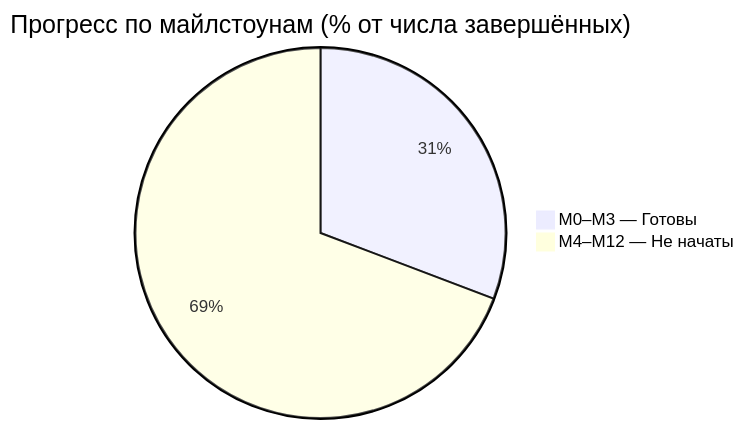
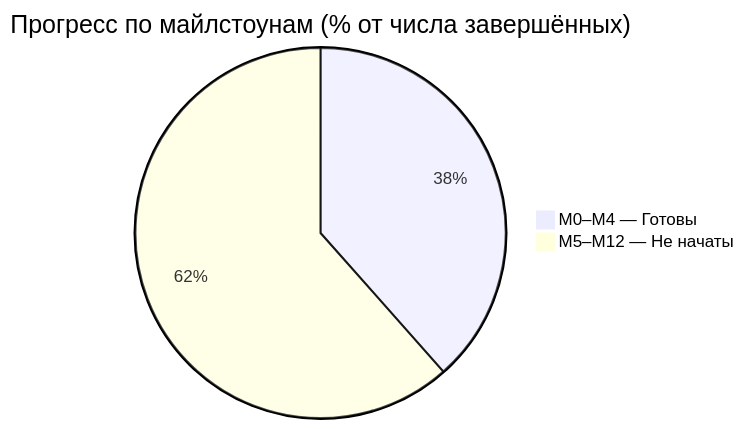
Before and after one commit to arcsymer/diplomaGame: the diagram in Docs-Vault/00 - Dashboard.md, drawn with Mermaid. The commit also changed other lines of this file and 36 other files, not shown here.

````diff
--- a/Docs-Vault/00 - Dashboard.md
+++ b/Docs-Vault/00 - Dashboard.md
@@ -29,5 +29,5 @@
 ```mermaid
 pie title Прогресс по майлстоунам (% от числа завершённых)
-    "M0–M3 — Готовы" : 4
-    "M4–M12 — Не начаты" : 9
+    "M0–M4 — Готовы" : 5
+    "M5–M12 — Не начаты" : 8
 ```
````
